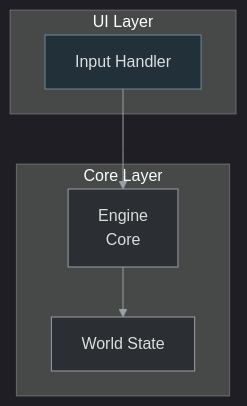
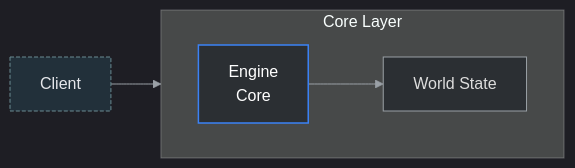
The sixth of 6 diagrams in docs/authoring/_instructions/diagram_system/02_VISUAL_GUIDELINES.md (lukaszj321/otcv8-dev), drawn with Mermaid before and after one commit. The commit also changed other lines of this file, not shown here.

First line of the commit message:
Revise visual guidelines for Mermaid diagrams

````diff
--- a/docs/authoring/_instructions/diagram_system/02_VISUAL_GUIDELINES.md
+++ b/docs/authoring/_instructions/diagram_system/02_VISUAL_GUIDELINES.md
@@ -223,20 +298,28 @@
 ```mermaid
-%%{init: {'theme':'dark','themeVariables': {'primaryTextColor':'#ddd','lineColor':'#9aa0a6'}, 'securityLevel':'loose'}}%%
-graph TD
+%%{init:{
+  "theme":"dark",
+  "themeVariables":{
+    "primaryTextColor":"#ddd",
+    "lineColor":"#9aa0a6"
+  },
+  "securityLevel":"loose"
+}}%%
+graph LR
+  Client["Client"]:::ui --> engine
+
   subgraph "Core Layer"
-    engine["Engine<br/>Core"]:::core
+    direction LR
+    engine["Engine<br/>Core"]:::corePrimary
     world["World State"]:::core
-  end
-  subgraph "UI Layer"
-    input["Input Handler"]:::ui
   end
 
   engine --> world
-  input --> engine
 
-  classDef core fill:#2b2f33,stroke:#9aa0a6,color:#ddd;
-  classDef ui fill:#22303a,stroke:#6a8b92,color:#ddd;
-
+  %% Klikalny węzeł do dokumentacji
   click engine "./index.html#facet-01_core.engine" "Open Engine docs"
   %% Fallback: Engine -> ./index.html#facet-01_core.engine
+
+  classDef core        fill:#2b2f33,stroke:#9aa0a6,color:#ddd,stroke-width:1px;
+  classDef corePrimary fill:#2b2f33,stroke:#3b82f6,color:#ffffff,stroke-width:1.5px;
+  classDef ui          fill:#22303a,stroke:#6a8b92,color:#e5e7eb,stroke-width:1px,stroke-dasharray:4 2;
 ```
````
